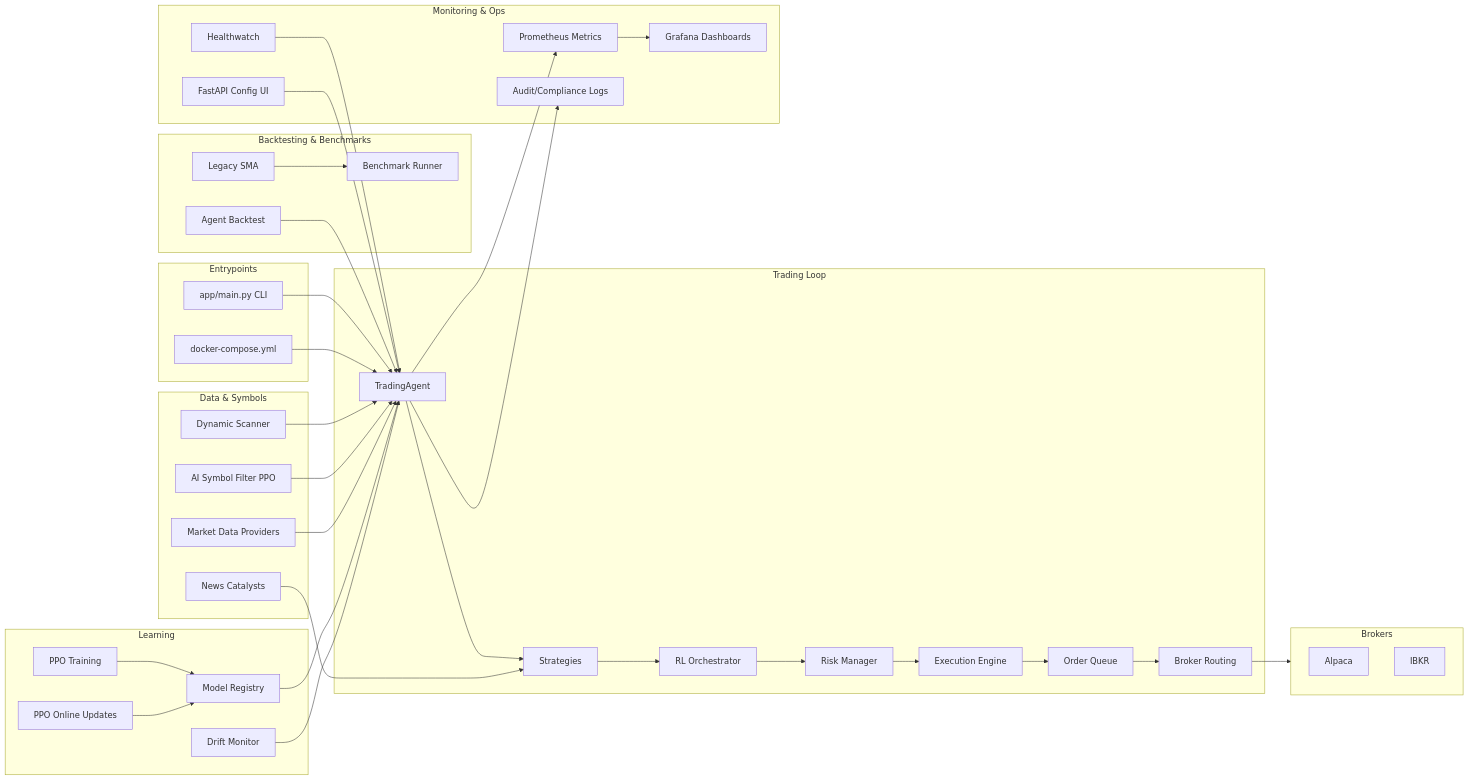
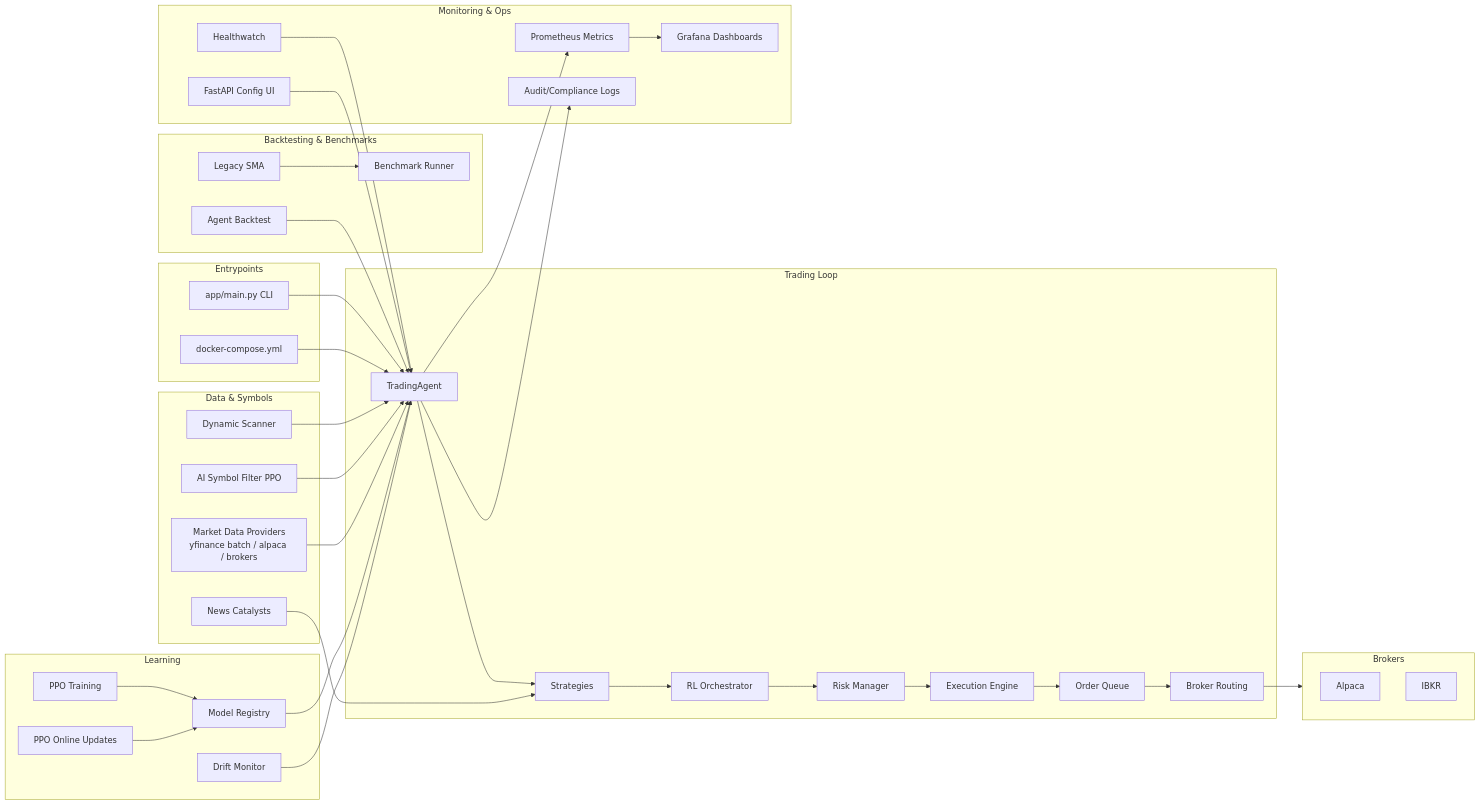
One commit to ilfrick/Fricktrade changed the diagram in docs/system_map.md. Above: the diagram before and after it, drawn with Mermaid. The commit also changed other lines of this file and 8 other files, not shown here.

Commit message:
Align docs with yfinance market data and AI filter coverage

````diff
--- a/docs/system_map.md
+++ b/docs/system_map.md
@@ -8,61 +8,61 @@
 ```mermaid
 flowchart LR
     subgraph Entry[Entrypoints]
         CLI[app/main.py CLI]
         Compose[docker-compose.yml]
     end
     subgraph Core[Trading Loop]
         Trader[TradingAgent]
         Strategies[Strategies]
         Orchestrator[RL Orchestrator]
         Risk[Risk Manager]
         Exec[Execution Engine]
         Queue[Order Queue]
         Routing[Broker Routing]
     end
     subgraph Data[Data & Symbols]
         Scanner[Dynamic Scanner]
         AIFilter[AI Symbol Filter PPO]
         News[News Catalysts]
-        MarketData[Market Data Providers]
+        MarketData[Market Data Providers<br/>yfinance batch / alpaca / brokers]
     end
     subgraph Learning[Learning]
         RLTrain[PPO Training]
         RLOnline[PPO Online Updates]
         Registry[Model Registry]
         Drift[Drift Monitor]
     end
     subgraph Backtest[Backtesting & Benchmarks]
         AgentBT[Agent Backtest]
         LegacyBT[Legacy SMA]
         Bench[Benchmark Runner]
     end
     subgraph Observability[Monitoring & Ops]
         Metrics[Prometheus Metrics]
         Grafana[Grafana Dashboards]
         Healthwatch[Healthwatch]
         Audit[Audit/Compliance Logs]
         API[FastAPI Config UI]
     end
     subgraph Brokers[Brokers]
         Alpaca[Alpaca]
         IBKR[IBKR]
     end
 
     CLI --> Trader
     Compose --> Trader
     Trader --> Strategies --> Orchestrator --> Risk --> Exec --> Queue --> Routing --> Brokers
     Scanner --> Trader
     AIFilter --> Trader
     News --> Strategies
     MarketData --> Trader
     RLTrain --> Registry --> Trader
     RLOnline --> Registry
     Drift --> Trader
     Trader --> Metrics --> Grafana
     Healthwatch --> Trader
     Trader --> Audit
     API --> Trader
     AgentBT --> Trader
     LegacyBT --> Bench
 ```
````
